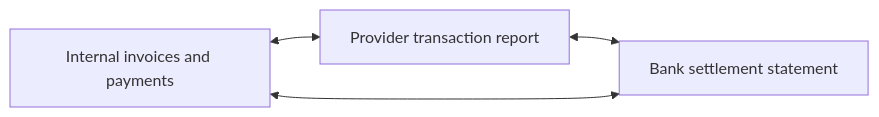
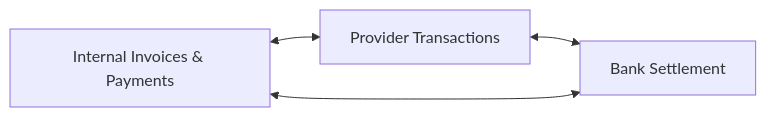
Before and after one commit to AvadhBhalodiya/Interview-Preparation: diagram 13 of 14 in src/content/payments/mandates-recurring.md, drawn with Mermaid. The commit also changed other lines of this file and 54 other files, not shown here.

````diff
--- a/src/content/payments/mandates-recurring.md
+++ b/src/content/payments/mandates-recurring.md
@@ -1054,10 +665,6 @@
 ```mermaid
 flowchart LR
-    A[Internal invoices and payments]
-    B[Provider transaction report]
-    C[Bank settlement statement]
-
-    A <--> B
-    B <--> C
-    A <--> C
+    I[Internal Invoices & Payments] <--> P[Provider Transactions]
+    P <--> B[Bank Settlement]
+    I <--> B
 ```
````
